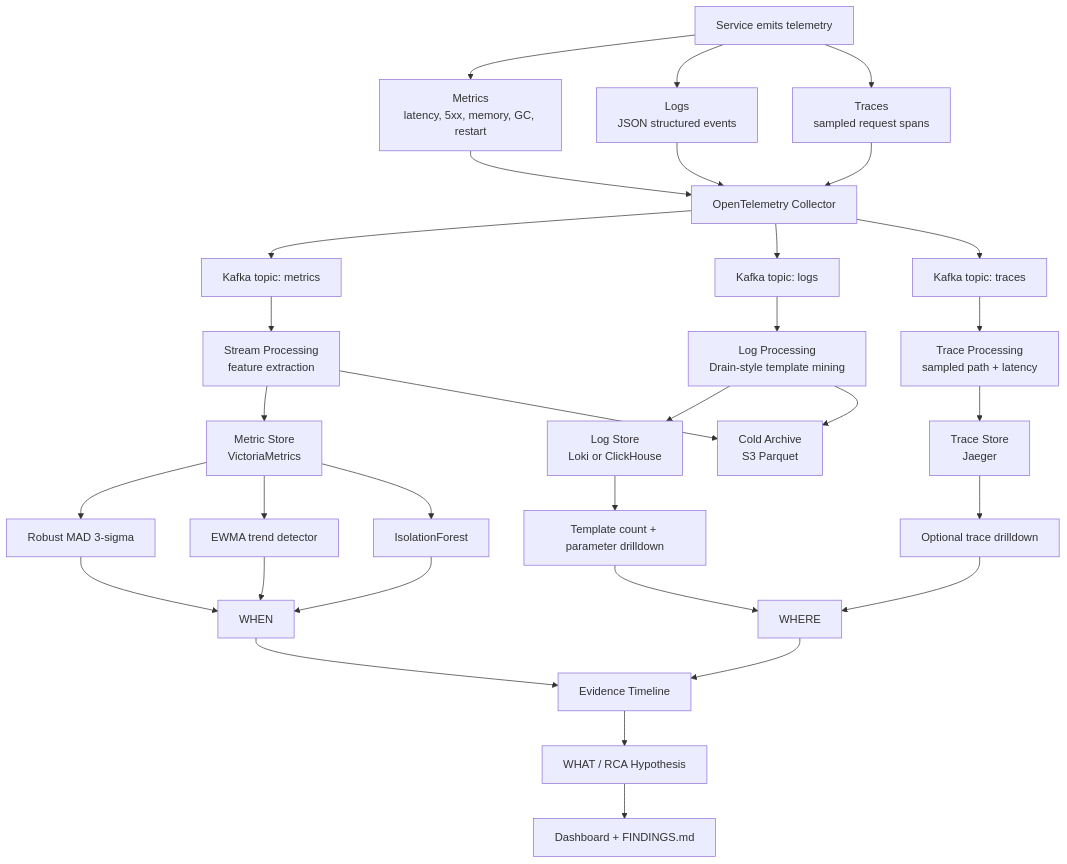
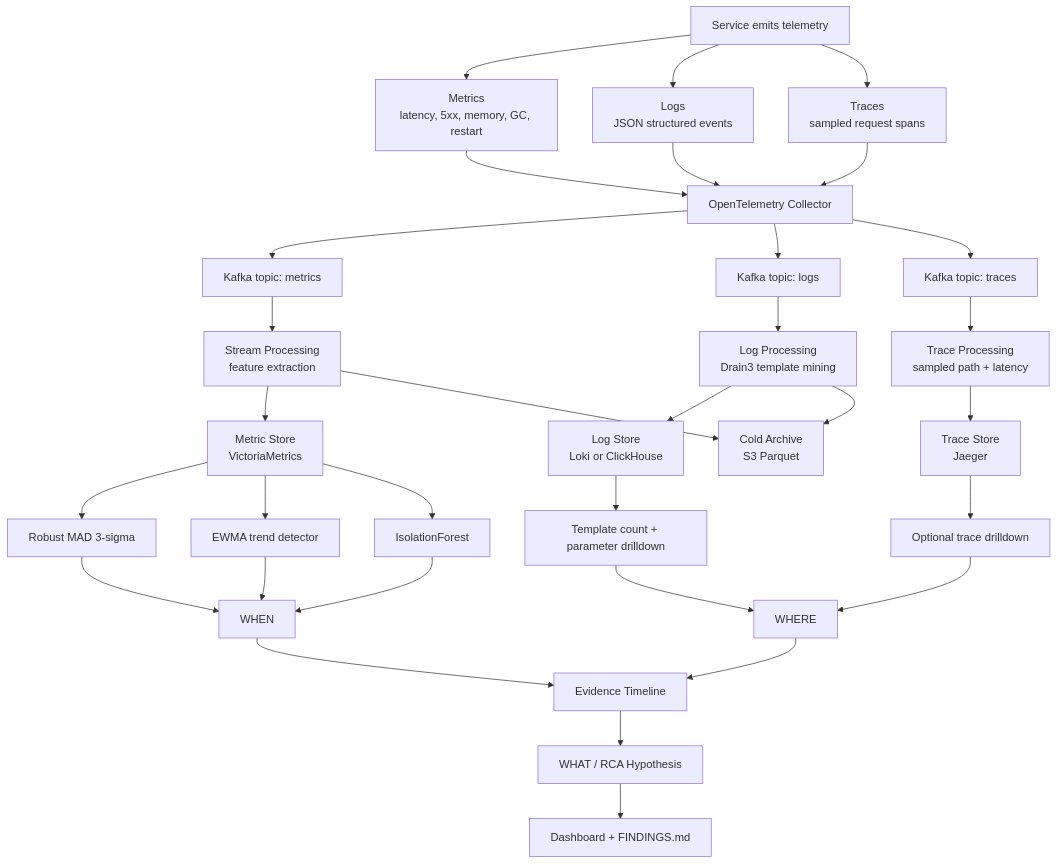
One commit to c0mmie-b0msh3ll/g1-data changed the second of 2 diagrams in ARCHITECTURE.md. Above: the diagram before and after it, drawn with Mermaid. The commit also changed other lines of this file and 33 other files, not shown here.

````diff
--- a/ARCHITECTURE.md
+++ b/ARCHITECTURE.md
@@ -40,40 +40,40 @@
 ```mermaid
 flowchart TD
     A[Service emits telemetry] --> A1[Metrics<br/>latency, 5xx, memory, GC, restart]
     A --> A2[Logs<br/>JSON structured events]
     A --> A3[Traces<br/>sampled request spans]
 
     A1 --> B[OpenTelemetry Collector]
     A2 --> B
     A3 --> B
 
     B --> C1[Kafka topic: metrics]
     B --> C2[Kafka topic: logs]
     B --> C3[Kafka topic: traces]
 
     C1 --> D1[Stream Processing<br/>feature extraction]
-    C2 --> D2[Log Processing<br/>Drain-style template mining]
+    C2 --> D2[Log Processing<br/>Drain3 template mining]
     C3 --> D3[Trace Processing<br/>sampled path + latency]
 
     D1 --> E1[Metric Store<br/>VictoriaMetrics]
     D2 --> E2[Log Store<br/>Loki or ClickHouse]
     D3 --> E3[Trace Store<br/>Jaeger]
     D1 --> E4[Cold Archive<br/>S3 Parquet]
     D2 --> E4
 
     E1 --> F1[Robust MAD 3-sigma]
     E1 --> F2[EWMA trend detector]
     E1 --> F3[IsolationForest]
     E2 --> G[Template count + parameter drilldown]
     E3 --> H[Optional trace drilldown]
 
     F1 --> I[WHEN]
     F2 --> I
     F3 --> I
     G --> J[WHERE]
     H --> J
     I --> K[Evidence Timeline]
     J --> K
     K --> L[WHAT / RCA Hypothesis]
     L --> M[Dashboard + FINDINGS.md]
 ```
````
